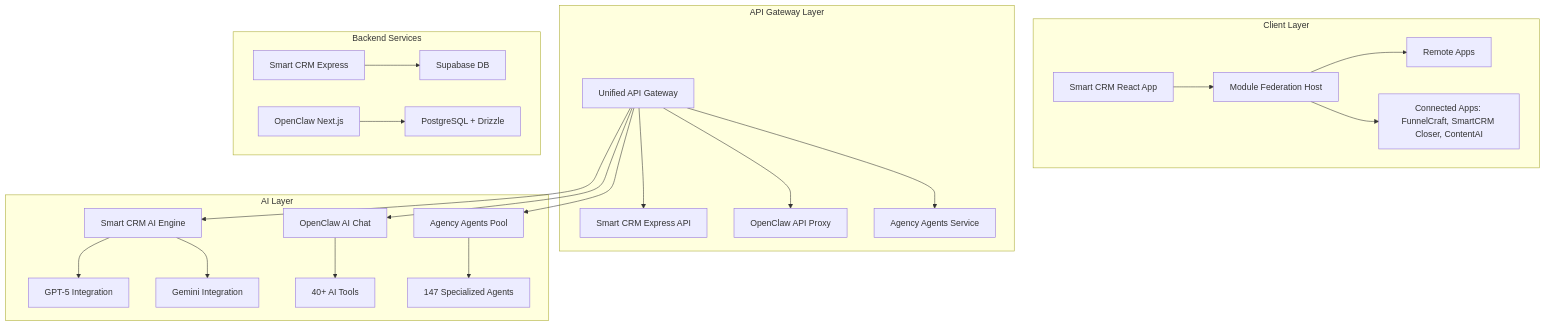
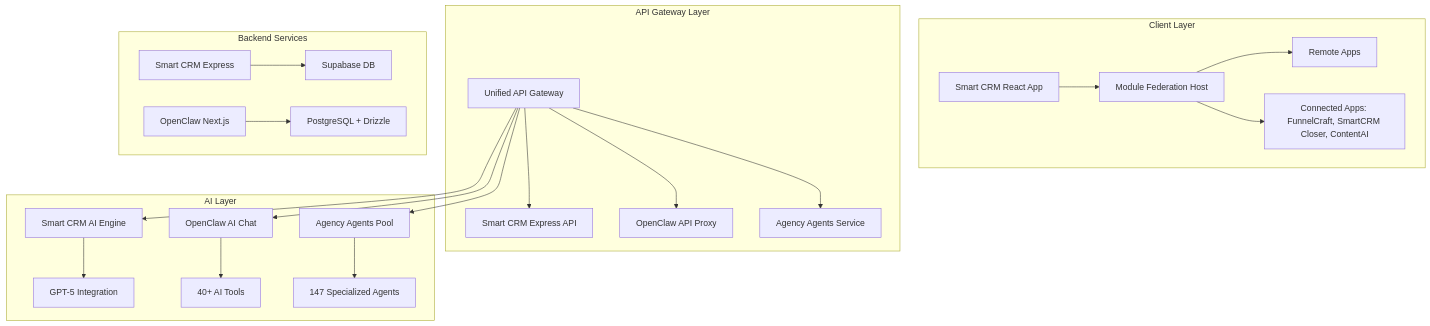
Before and after one commit to deangilmoreremix/crm-smartreplit: the first of 3 diagrams in plans/FINAL_UNIFIED_SYSTEM_BLUEPRINT.md, drawn with Mermaid. The commit also changed other lines of this file and 32 other files, not shown here.

First line of the commit message:
wip: checkpoint stream C (UI package, kanban, timeline, saved views, inline edit, attachments, CSV import)

````diff
--- a/plans/FINAL_UNIFIED_SYSTEM_BLUEPRINT.md
+++ b/plans/FINAL_UNIFIED_SYSTEM_BLUEPRINT.md
@@ -25,30 +25,29 @@
 ```mermaid
 graph TB
     subgraph "Client Layer"
         A[Smart CRM React App] --> B[Module Federation Host]
         B --> C[Remote Apps]
         B --> D[Connected Apps: FunnelCraft, SmartCRM Closer, ContentAI]
     end
 
     subgraph "API Gateway Layer"
         E[Unified API Gateway] --> F[Smart CRM Express API]
         E --> G[OpenClaw API Proxy]
         E --> H[Agency Agents Service]
     end
 
     subgraph "AI Layer"
         I[Smart CRM AI Engine] --> J[GPT-5 Integration]
-        I --> K[Gemini Integration]
         L[OpenClaw AI Chat] --> M[40+ AI Tools]
         N[Agency Agents Pool] --> O[147 Specialized Agents]
     end
 
     subgraph "Backend Services"
         P[Smart CRM Express] --> Q[Supabase DB]
         R[OpenClaw Next.js] --> S[PostgreSQL + Drizzle]
     end
 
     E --> I
     E --> L
     E --> N
 ```
````
